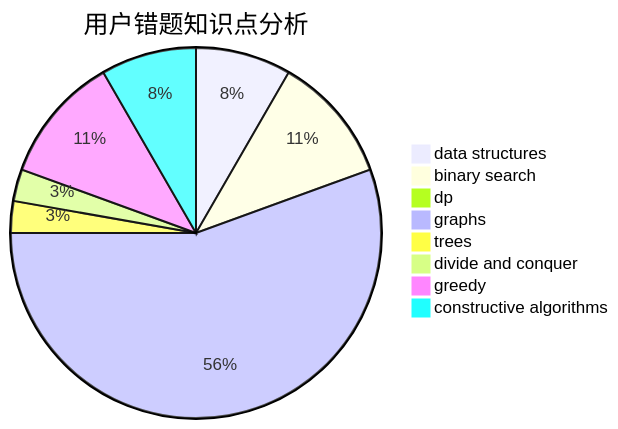
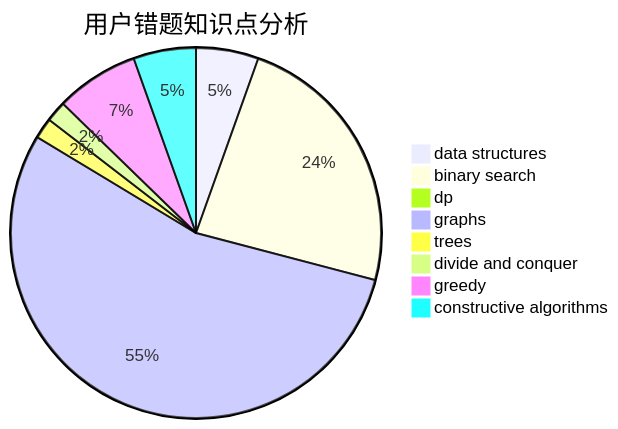
Before and after one commit to sherpahu/cfrs.github.io: the third of 3 diagrams in docs/user/u2655.md, drawn with Mermaid. The commit also changed other lines of this file and 2770 other files, not shown here.

````diff
--- a/docs/user/u2655.md
+++ b/docs/user/u2655.md
@@ -36,11 +36,11 @@
 ```mermaid
 pie title 用户错题知识点分析
     "data structures" :  3
-    "binary search" :  4
+    "binary search" :  13
     "dp" :  0
-    "graphs" :  20
+    "graphs" :  30
     "trees" :  1
     "divide and conquer" :  1
     "greedy" :  4
     "constructive algorithms" :  3
 ```
````
